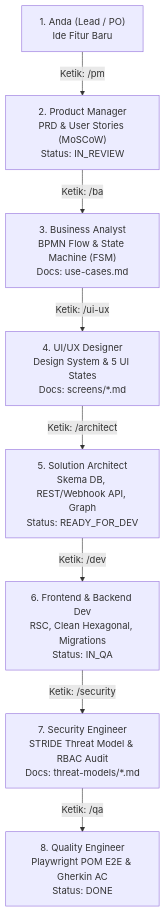
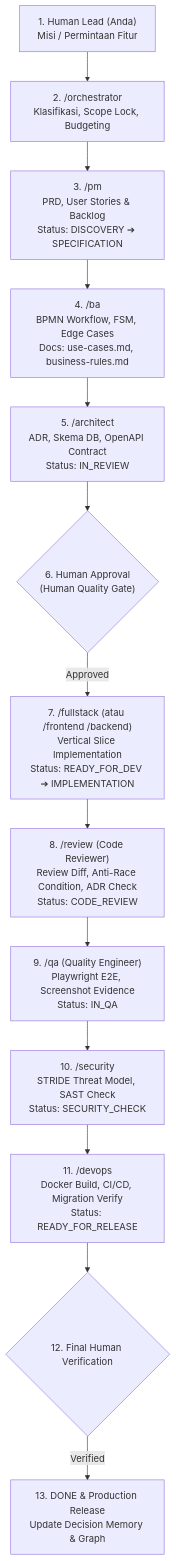
The diagram in HOW_TO_USE.md (mrefawaladam/agentic-starter-kit), drawn with Mermaid before and after one commit. The commit also changed other lines of this file and 1 other file, not shown here.

Commit message:
docs: update README and HOW_TO_USE with AI-SEOS 2.0 workflow, 12 canonical specialists, and Makefile cheatsheet

````diff
--- a/HOW_TO_USE.md
+++ b/HOW_TO_USE.md
@@ -41,10 +31,15 @@
 ```mermaid
 flowchart TD
-    PO["1. Anda (Lead / PO)\nIde Fitur Baru"] -->|"Ketik: /pm"| PM["2. Product Manager\nPRD & User Stories (MoSCoW)\nStatus: IN_REVIEW"]
-    PM -->|"Ketik: /ba"| BA["3. Business Analyst\nBPMN Flow & State Machine (FSM)\nDocs: use-cases.md"]
-    BA -->|"Ketik: /ui-ux"| UI["4. UI/UX Designer\nDesign System & 5 UI States\nDocs: screens/*.md"]
-    UI -->|"Ketik: /architect"| Arch["5. Solution Architect\nSkema DB, REST/Webhook API, Graph\nStatus: READY_FOR_DEV"]
-    Arch -->|"Ketik: /dev"| Dev["6. Frontend & Backend Dev\nRSC, Clean Hexagonal, Migrations\nStatus: IN_QA"]
-    Dev -->|"Ketik: /security"| Sec["7. Security Engineer\nSTRIDE Threat Model & RBAC Audit\nDocs: threat-models/*.md"]
-    Sec -->|"Ketik: /qa"| QA["8. Quality Engineer\nPlaywright POM E2E & Gherkin AC\nStatus: DONE"]
+    User["1. Human Lead (Anda)\nMisi / Permintaan Fitur"] --> Orc["2. /orchestrator\nKlasifikasi, Scope Lock, Budgeting"]
+    Orc --> PM["3. /pm\nPRD, User Stories & Backlog\nStatus: DISCOVERY ➔ SPECIFICATION"]
+    PM --> BA["4. /ba\nBPMN Workflow, FSM, Edge Cases\nDocs: use-cases.md, business-rules.md"]
+    BA --> Arch["5. /architect\nADR, Skema DB, OpenAPI Contract\nStatus: IN_REVIEW"]
+    Arch --> Gate1{"6. Human Approval\n(Human Quality Gate)"}
+    Gate1 -- Approved --> Dev["7. /fullstack (atau /frontend /backend)\nVertical Slice Implementation\nStatus: READY_FOR_DEV ➔ IMPLEMENTATION"]
+    Dev --> CR["8. /review (Code Reviewer)\nReview Diff, Anti-Race Condition, ADR Check\nStatus: CODE_REVIEW"]
+    CR --> QA["9. /qa (Quality Engineer)\nPlaywright E2E, Screenshot Evidence\nStatus: IN_QA"]
+    QA --> Sec["10. /security\nSTRIDE Threat Model, SAST Check\nStatus: SECURITY_CHECK"]
+    Sec --> DevOps["11. /devops\nDocker Build, CI/CD, Migration Verify\nStatus: READY_FOR_RELEASE"]
+    DevOps --> Gate2{"12. Final Human Verification"}
+    Gate2 -- Verified --> Done["13. DONE & Production Release\nUpdate Decision Memory & Graph"]
 ```
````
